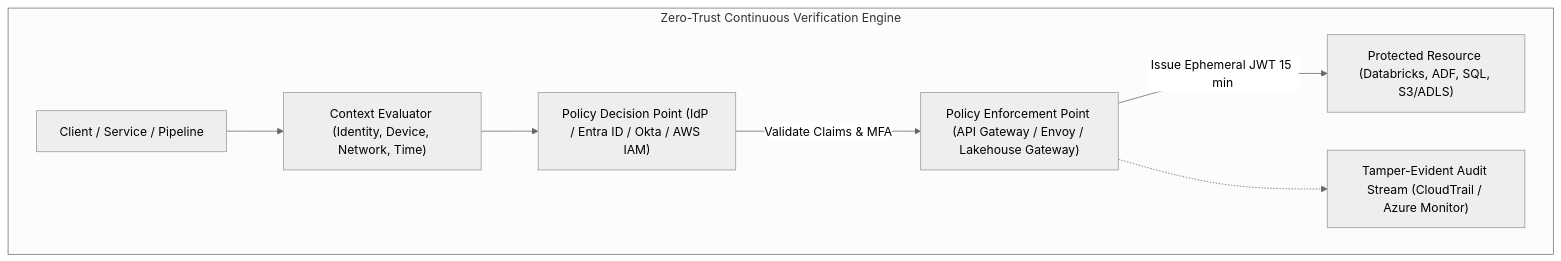
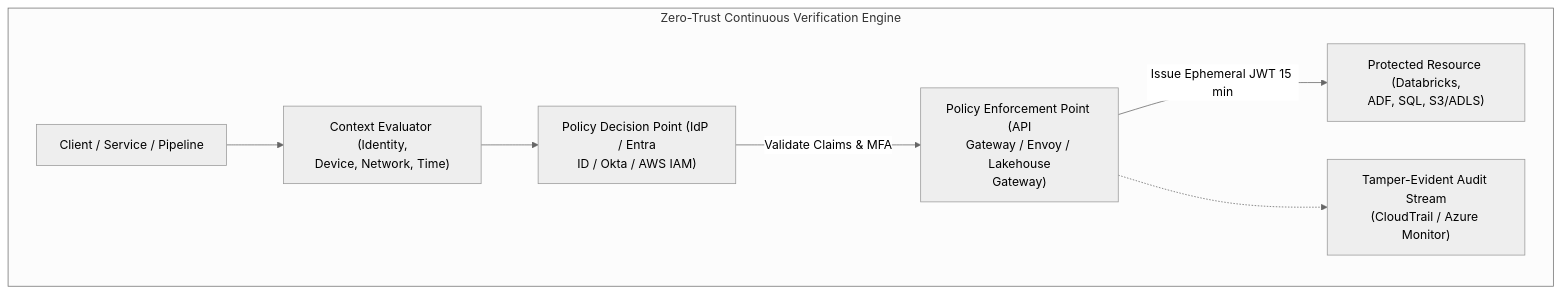
Before and after one commit to santoshjammi29/security-handbook: the first of 2 diagrams in modules/01_authn_oidc_and_zero_trust/README.md, drawn with Mermaid (neutral theme). The commit also changed 22 other files, not shown here.

Commit message:
fix(diagrams): word-wrap labels and escape comparison operators across all diagrams

````diff
--- a/modules/01_authn_oidc_and_zero_trust/README.md
+++ b/modules/01_authn_oidc_and_zero_trust/README.md
@@ -12,10 +12,10 @@
 ```mermaid
 flowchart TD
     subgraph ZeroTrustFlow["Zero-Trust Continuous Verification Engine"]
-        User["Client / Service / Pipeline"] --> Context["Context Evaluator (Identity, Device, Network, Time)"]
-        Context --> PDP["Policy Decision Point (IdP / Entra ID / Okta / AWS IAM)"]
-        PDP -->|Validate Claims & MFA| PEP["Policy Enforcement Point (API Gateway / Envoy / Lakehouse Gateway)"]
-        PEP -->|Issue Ephemeral JWT 15 min| Resource["Protected Resource (Databricks, ADF, SQL, S3/ADLS)"]
-        PEP -.-> Audit["Tamper-Evident Audit Stream (CloudTrail / Azure Monitor)"]
+        User["Client / Service / Pipeline"] --> Context["Context Evaluator (Identity,<br/>Device, Network, Time)"]
+        Context --> PDP["Policy Decision Point (IdP / Entra<br/>ID / Okta / AWS IAM)"]
+        PDP -->|"Validate Claims & MFA"| PEP["Policy Enforcement Point (API<br/>Gateway / Envoy / Lakehouse<br/>Gateway)"]
+        PEP -->|Issue Ephemeral JWT 15 min| Resource["Protected Resource (Databricks,<br/>ADF, SQL, S3/ADLS)"]
+        PEP -.-> Audit["Tamper-Evident Audit Stream<br/>(CloudTrail / Azure Monitor)"]
     end
 ```
````
